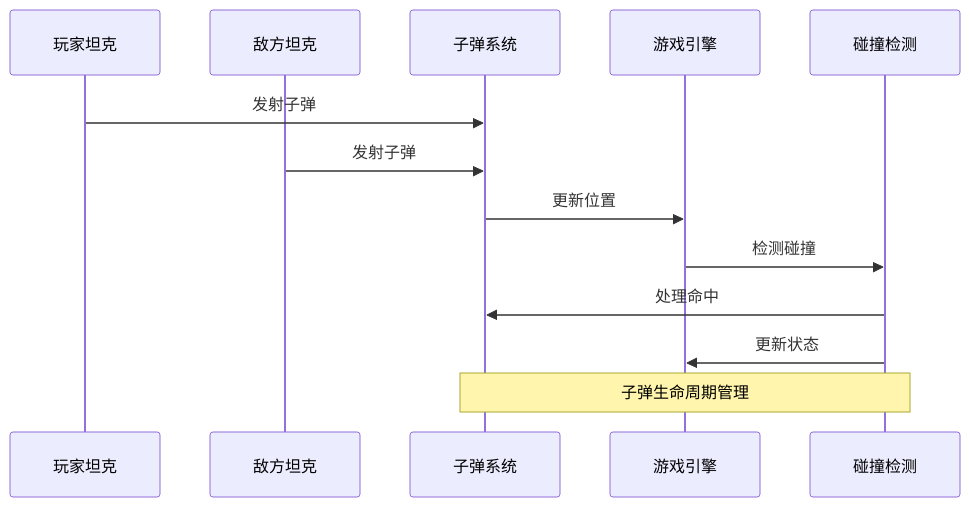
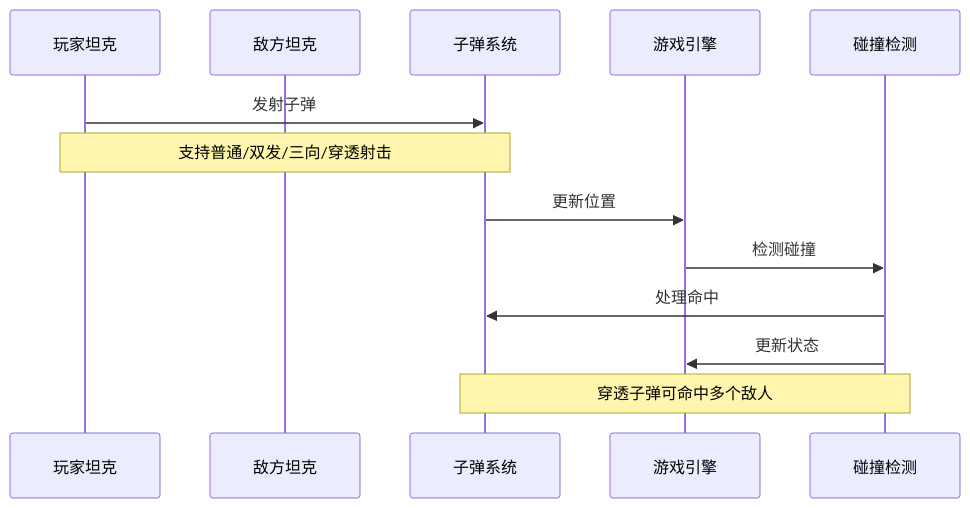
One commit to mrancc/reimagined-journey changed the third of 9 diagrams in .qoder/repowiki/zh/content/游戏机制/游戏对象系统/子弹系统.md. Above: the diagram before and after it, drawn with Mermaid. The commit also changed other lines of this file and 8 other files, not shown here.

````diff
--- a/.qoder/repowiki/zh/content/游戏机制/游戏对象系统/子弹系统.md
+++ b/.qoder/repowiki/zh/content/游戏机制/游戏对象系统/子弹系统.md
@@ -123,15 +135,15 @@
 ```mermaid
 sequenceDiagram
 participant Player as 玩家坦克
 participant Enemy as 敌方坦克
 participant Bullet as 子弹系统
 participant Game as 游戏引擎
 participant Collision as 碰撞检测
 Player->>Bullet : 发射子弹
-Enemy->>Bullet : 发射子弹
+Note over Player,Bullet : 支持普通/双发/三向/穿透射击
 Bullet->>Game : 更新位置
 Game->>Collision : 检测碰撞
 Collision->>Bullet : 处理命中
 Collision->>Game : 更新状态
-Note over Bullet,Collision : 子弹生命周期管理
+Note over Bullet,Collision : 穿透子弹可命中多个敌人
 ```
````
